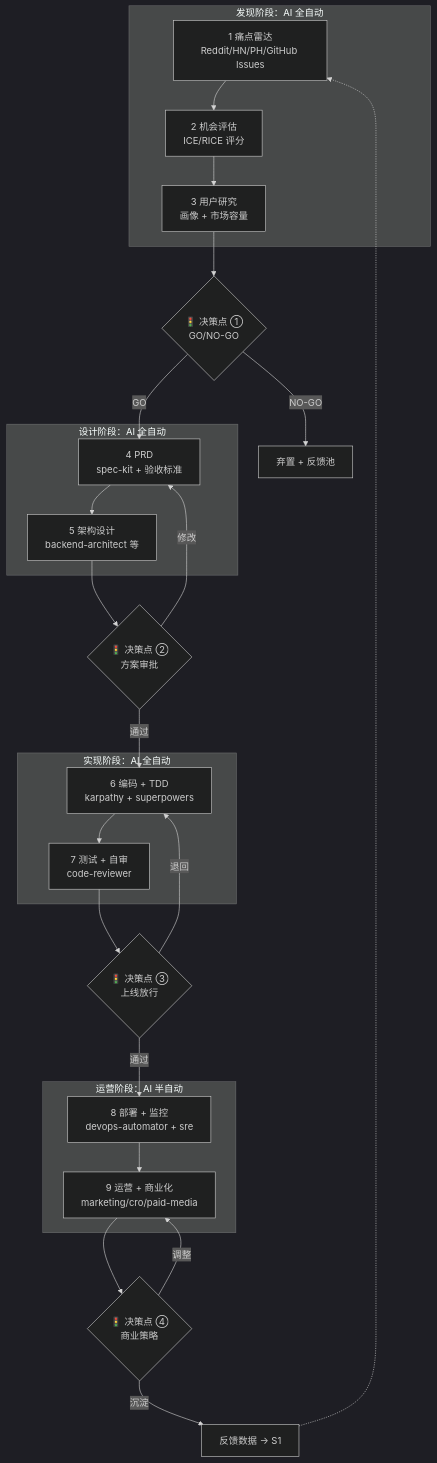
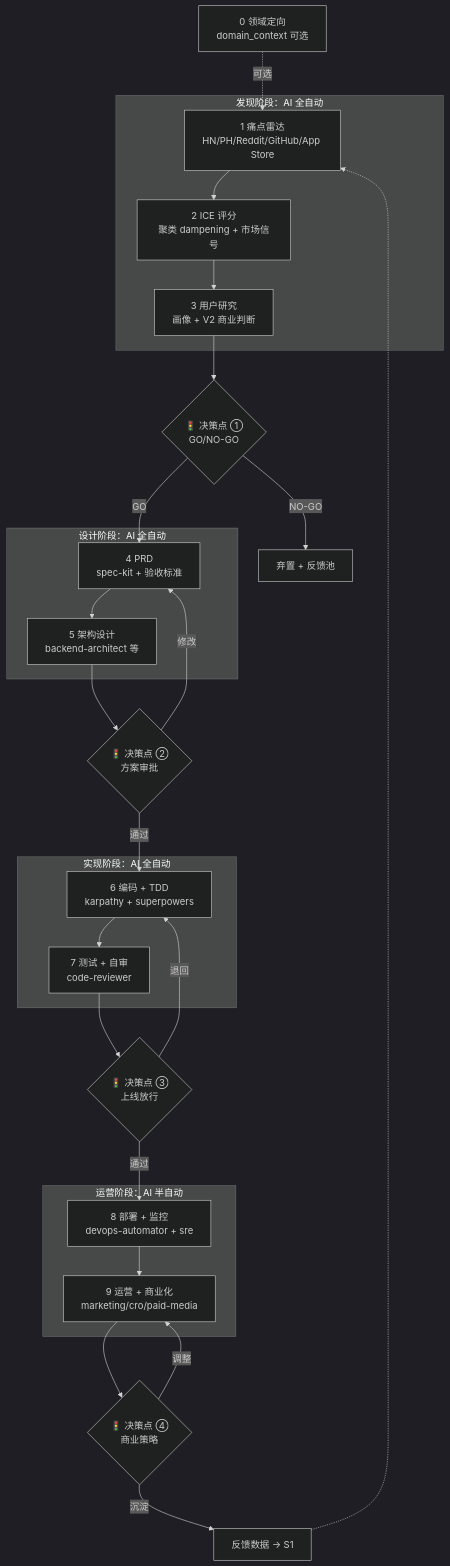
Before and after one commit to zoe27/ai-pain-pipeline: the first of 4 diagrams in docs/flow.md, drawn with Mermaid (dark theme). The commit also changed other lines of this file and 7 other files, not shown here.

````diff
--- a/docs/flow.md
+++ b/docs/flow.md
@@ -5,42 +7,44 @@
 ```mermaid
 flowchart TD
+    S0[0 领域定向<br/>domain_context 可选]
     subgraph Discovery [发现阶段：AI 全自动]
-        S1[1 痛点雷达<br/>Reddit/HN/PH/GitHub Issues]
-        S2[2 机会评估<br/>ICE/RICE 评分]
-        S3[3 用户研究<br/>画像 + 市场容量]
+        S1[1 痛点雷达<br/>HN/PH/Reddit/GitHub/App Store]
+        S2[2 ICE 评分<br/>聚类 dampening + 市场信号]
+        S3[3 用户研究<br/>画像 + V2 商业判断]
     end
 
     D1{🚦 决策点 ①<br/>GO/NO-GO}
 
     subgraph Design [设计阶段：AI 全自动]
         S4[4 PRD<br/>spec-kit + 验收标准]
         S5[5 架构设计<br/>backend-architect 等]
     end
 
     D2{🚦 决策点 ②<br/>方案审批}
 
     subgraph Build [实现阶段：AI 全自动]
         S6[6 编码 + TDD<br/>karpathy + superpowers]
         S7[7 测试 + 自审<br/>code-reviewer]
     end
 
     D3{🚦 决策点 ③<br/>上线放行}
 
     subgraph Operate [运营阶段：AI 半自动]
         S8[8 部署 + 监控<br/>devops-automator + sre]
         S9[9 运营 + 商业化<br/>marketing/cro/paid-media]
     end
 
     D4{🚦 决策点 ④<br/>商业策略}
 
+    S0 -.->|可选| S1
     S1 --> S2 --> S3 --> D1
     D1 -- GO --> S4 --> S5 --> D2
     D1 -- NO-GO --> Reject[弃置 + 反馈池]
     D2 -- 通过 --> S6 --> S7 --> D3
     D2 -- 修改 --> S4
     D3 -- 通过 --> S8 --> S9 --> D4
     D3 -- 退回 --> S6
     D4 -- 调整 --> S9
     D4 -- 沉淀 --> Loop[反馈数据 → S1]
     Loop -.-> S1
 ```
````
